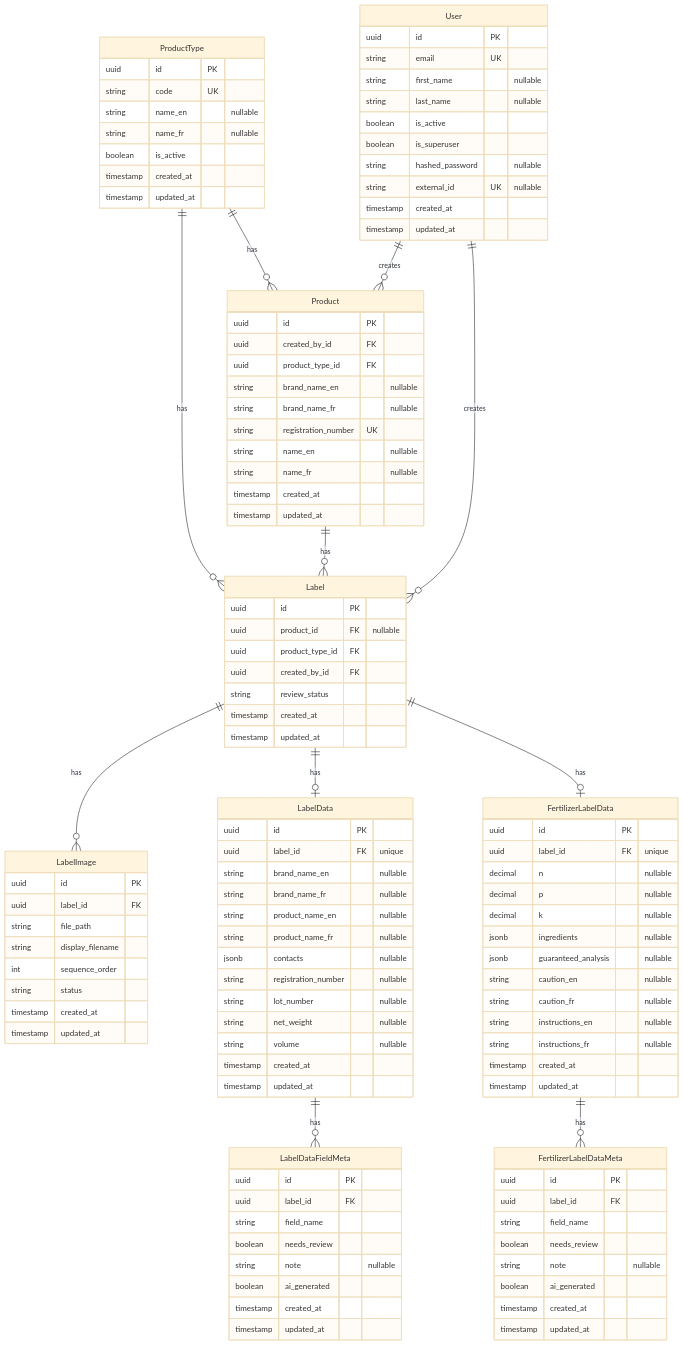
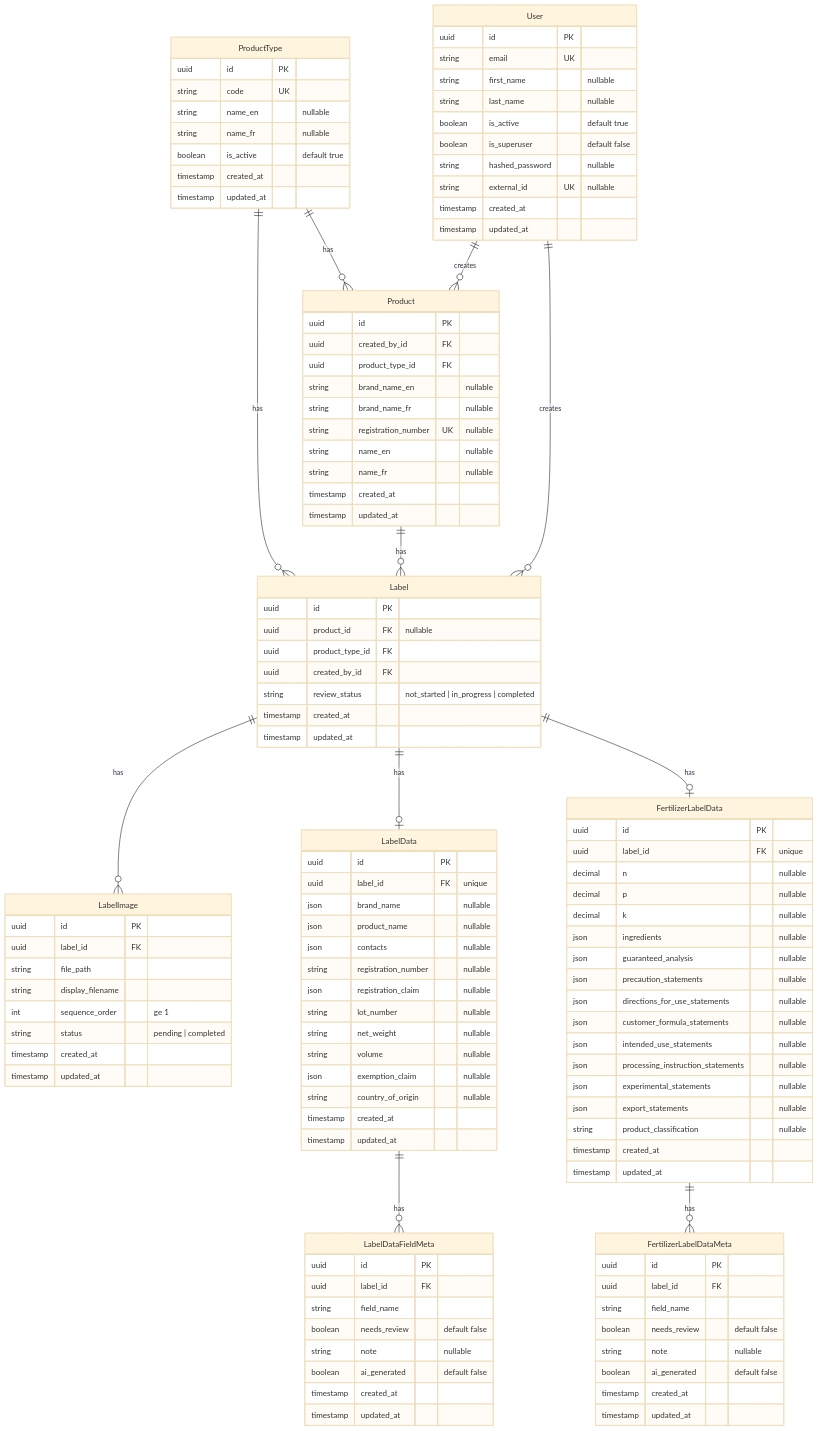
One commit to ai-cfia/fertiscan changed the diagram in docs/erd.md. Above: the diagram before and after it, drawn with Mermaid (base theme). The commit also changed other lines of this file, not shown here.

Commit message:
docs(erd): sync ERD with current models

```diff
--- a/docs/erd.md
+++ b/docs/erd.md
@@ -20,7 +20,7 @@
         string code UK
         string name_en "nullable"
         string name_fr "nullable"
-        boolean is_active
+        boolean is_active "default true"
         timestamp created_at
         timestamp updated_at
     }
@@ -31,7 +31,7 @@
         uuid product_type_id FK
         string brand_name_en "nullable"
         string brand_name_fr "nullable"
-        string registration_number UK
+        string registration_number UK "nullable"
         string name_en "nullable"
         string name_fr "nullable"
         timestamp created_at
@@ -43,7 +43,7 @@
         uuid product_id FK "nullable"
         uuid product_type_id FK
         uuid created_by_id FK
-        string review_status
+        string review_status "not_started | in_progress | completed"
         timestamp created_at
         timestamp updated_at
     }
@@ -53,8 +53,8 @@
         uuid label_id FK
         string file_path
         string display_filename
-        int sequence_order
-        string status
+        int sequence_order "ge 1"
+        string status "pending | completed"
         timestamp created_at
         timestamp updated_at
     }
@@ -62,15 +62,16 @@
     LabelData {
         uuid id PK
         uuid label_id FK "unique"
-        string brand_name_en "nullable"
-        string brand_name_fr "nullable"
-        string product_name_en "nullable"
-        string product_name_fr "nullable"
-        jsonb contacts "nullable"
+        json brand_name "nullable"
+        json product_name "nullable"
+        json contacts "nullable"
         string registration_number "nullable"
+        json registration_claim "nullable"
         string lot_number "nullable"
         string net_weight "nullable"
         string volume "nullable"
+        json exemption_claim "nullable"
+        string country_of_origin "nullable"
         timestamp created_at
         timestamp updated_at
     }
@@ -79,9 +80,9 @@
         uuid id PK
         uuid label_id FK
         string field_name
-        boolean needs_review
+        boolean needs_review "default false"
         string note "nullable"
-        boolean ai_generated
+        boolean ai_generated "default false"
         timestamp created_at
         timestamp updated_at
     }
@@ -92,12 +93,16 @@
         decimal n "nullable"
         decimal p "nullable"
         decimal k "nullable"
-        jsonb ingredients "nullable"
-        jsonb guaranteed_analysis "nullable"
-        string caution_en "nullable"
-        string caution_fr "nullable"
-        string instructions_en "nullable"
-        string instructions_fr "nullable"
+        json ingredients "nullable"
+        json guaranteed_analysis "nullable"
+        json precaution_statements "nullable"
+        json directions_for_use_statements "nullable"
+        json customer_formula_statements "nullable"
+        json intended_use_statements "nullable"
+        json processing_instruction_statements "nullable"
+        json experimental_statements "nullable"
+        json export_statements "nullable"
+        string product_classification "nullable"
         timestamp created_at
         timestamp updated_at
     }
@@ -106,9 +111,9 @@
         uuid id PK
         uuid label_id FK
         string field_name
-        boolean needs_review
+        boolean needs_review "default false"
         string note "nullable"
-        boolean ai_generated
+        boolean ai_generated "default false"
         timestamp created_at
         timestamp updated_at
     }
@@ -118,8 +123,8 @@
         string email UK
         string first_name "nullable"
         string last_name "nullable"
-        boolean is_active
-        boolean is_superuser
+        boolean is_active "default true"
+        boolean is_superuser "default false"
         string hashed_password "nullable"
         string external_id UK "nullable"
         timestamp created_at
```
